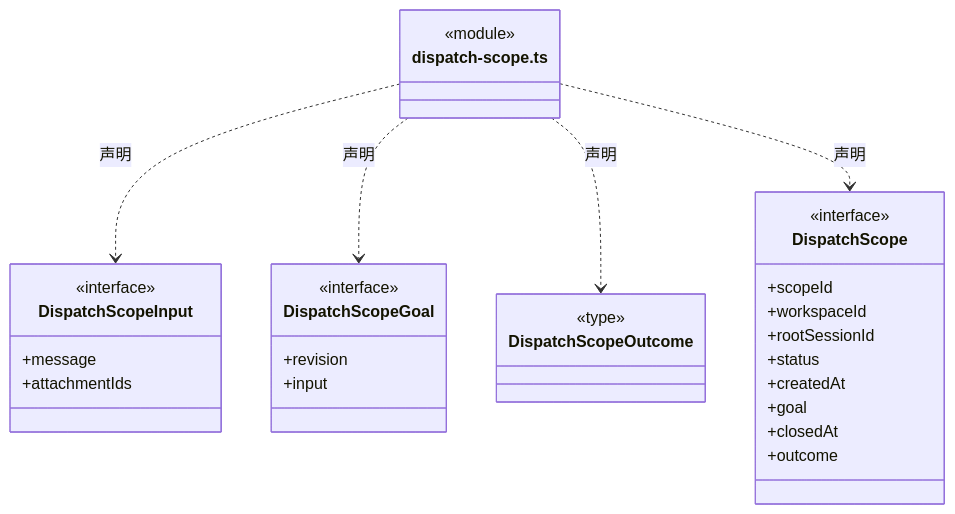
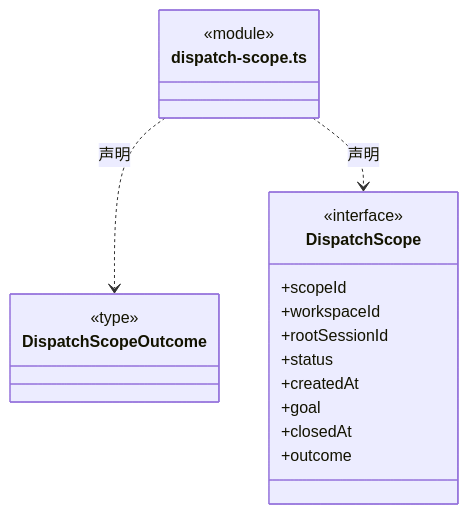
The sixth of 38 diagrams in src/backend/core/tasks/ARCHITECTURE.md (nan023062/cbim), drawn with Mermaid before and after one commit. The commit also changed other lines of this file and 36 other files, not shown here.

````diff
--- a/src/backend/core/tasks/ARCHITECTURE.md
+++ b/src/backend/core/tasks/ARCHITECTURE.md
@@ -149,35 +150,23 @@
 ```mermaid
 classDiagram
 class N_src_backend_core_tasks_dispatch_scope_ts["dispatch-scope.ts"] {
   <<module>>
 }
-class N_src_backend_core_tasks_dispatch_scope_ts_DispatchScopeInput["DispatchScopeInput"] {
-  <<interface>>
-  +message
-  +attachmentIds
-}
-N_src_backend_core_tasks_dispatch_scope_ts ..> N_src_backend_core_tasks_dispatch_scope_ts_DispatchScopeInput : 声明
-class N_src_backend_core_tasks_dispatch_scope_ts_DispatchScopeGoal["DispatchScopeGoal"] {
-  <<interface>>
-  +revision
-  +input
-}
-N_src_backend_core_tasks_dispatch_scope_ts ..> N_src_backend_core_tasks_dispatch_scope_ts_DispatchScopeGoal : 声明
 class N_src_backend_core_tasks_dispatch_scope_ts_DispatchScopeOutcome["DispatchScopeOutcome"] {
   <<type>>
 
 }
 N_src_backend_core_tasks_dispatch_scope_ts ..> N_src_backend_core_tasks_dispatch_scope_ts_DispatchScopeOutcome : 声明
 class N_src_backend_core_tasks_dispatch_scope_ts_DispatchScope["DispatchScope"] {
   <<interface>>
   +scopeId
   +workspaceId
   +rootSessionId
   +status
   +createdAt
   +goal
   +closedAt
   +outcome
 }
 N_src_backend_core_tasks_dispatch_scope_ts ..> N_src_backend_core_tasks_dispatch_scope_ts_DispatchScope : 声明
 ```
````
